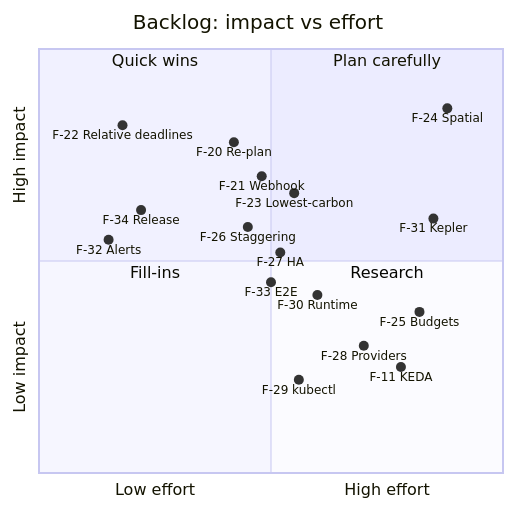
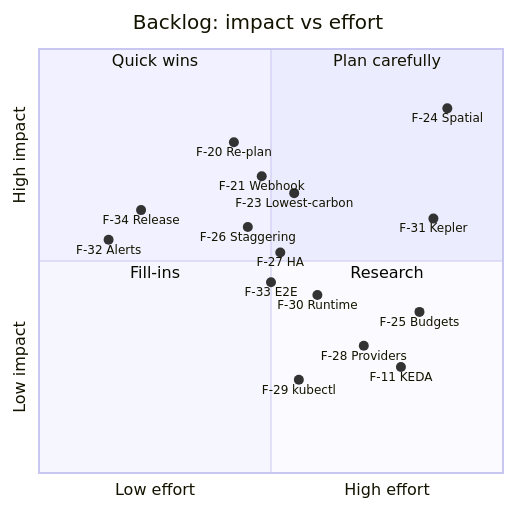
One commit to mahmudul-islam32/carbon-aware-k8s-scheduler changed the second of 3 diagrams in docs/FEATURES.md. Above: the diagram before and after it, drawn with Mermaid. The commit also changed other lines of this file and 11 other files, not shown here.

First line of the commit message:
feat(controller): relative deadlines for CronJobs (F-22)

````diff
--- a/docs/FEATURES.md
+++ b/docs/FEATURES.md
@@ -447,26 +471,25 @@
 ```mermaid
 quadrantChart
     title Backlog: impact vs effort
     x-axis Low effort --> High effort
     y-axis Low impact --> High impact
     quadrant-1 Plan carefully
     quadrant-2 Quick wins
     quadrant-3 Fill-ins
     quadrant-4 Research
-    F-22 Relative deadlines: [0.18, 0.82]
     F-20 Re-plan: [0.42, 0.78]
     F-32 Alerts: [0.15, 0.55]
     F-34 Release: [0.22, 0.62]
     F-21 Webhook: [0.48, 0.70]
     F-26 Staggering: [0.45, 0.58]
     F-27 HA: [0.52, 0.52]
     F-33 E2E: [0.50, 0.45]
     F-23 Lowest-carbon: [0.55, 0.66]
     F-24 Spatial: [0.88, 0.86]
     F-25 Budgets: [0.82, 0.38]
     F-28 Providers: [0.70, 0.30]
     F-29 kubectl: [0.56, 0.22]
     F-30 Runtime: [0.60, 0.42]
     F-31 Kepler: [0.85, 0.60]
     F-11 KEDA: [0.78, 0.25]
 ```
````
